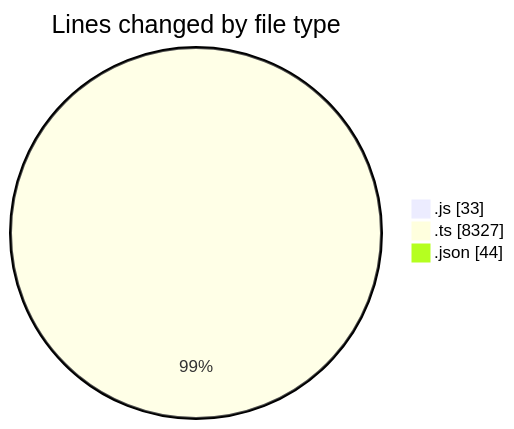
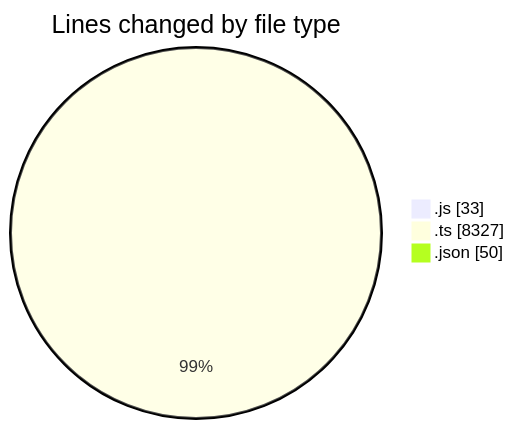
Before and after one commit to momahboobian/code-tracking: the first of 2 diagrams in 2025-09-08/cda/README.md, drawn with Mermaid. The commit also changed other lines of this file and 1 other file, not shown here.

````diff
--- a/2025-09-08/cda/README.md
+++ b/2025-09-08/cda/README.md
@@ -25,7 +25,7 @@
 ```mermaid
 pie showData
 title Lines changed by file type
 ".js" : 33
 ".ts" : 8327
-".json" : 44
+".json" : 50
 ```
````
